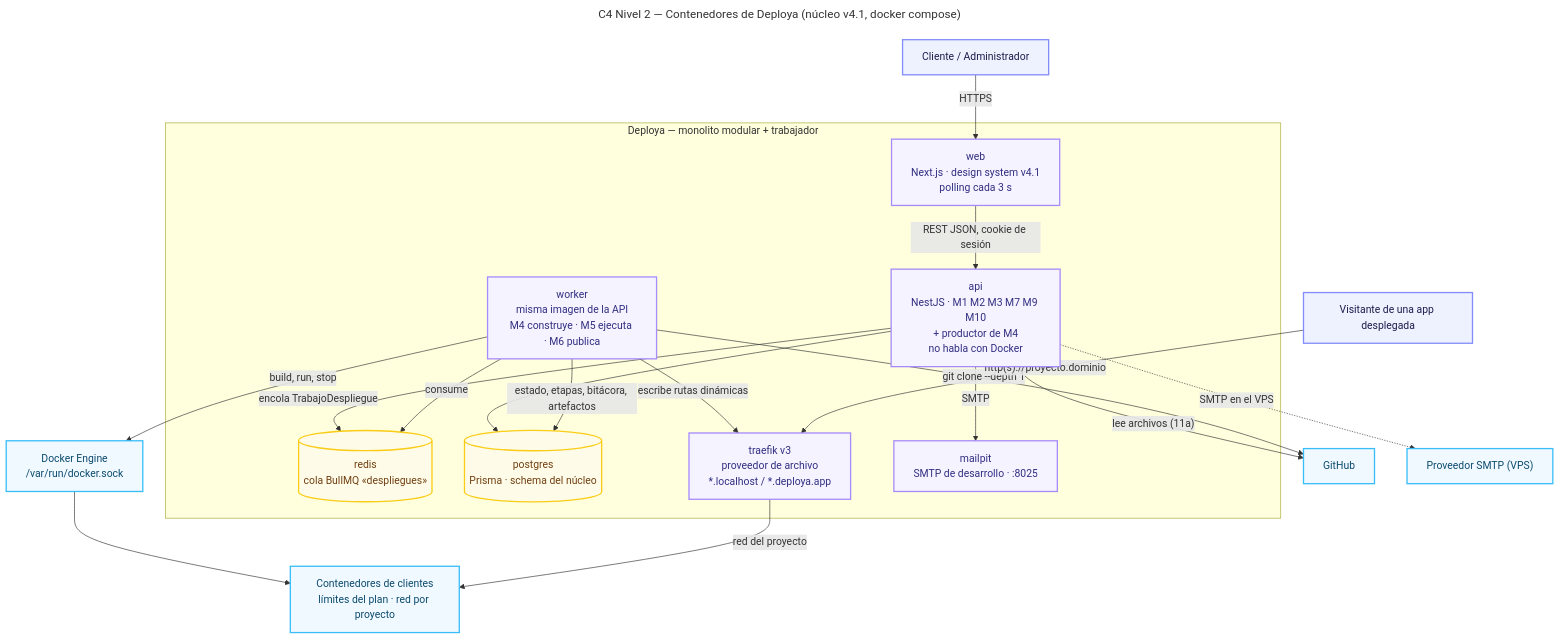
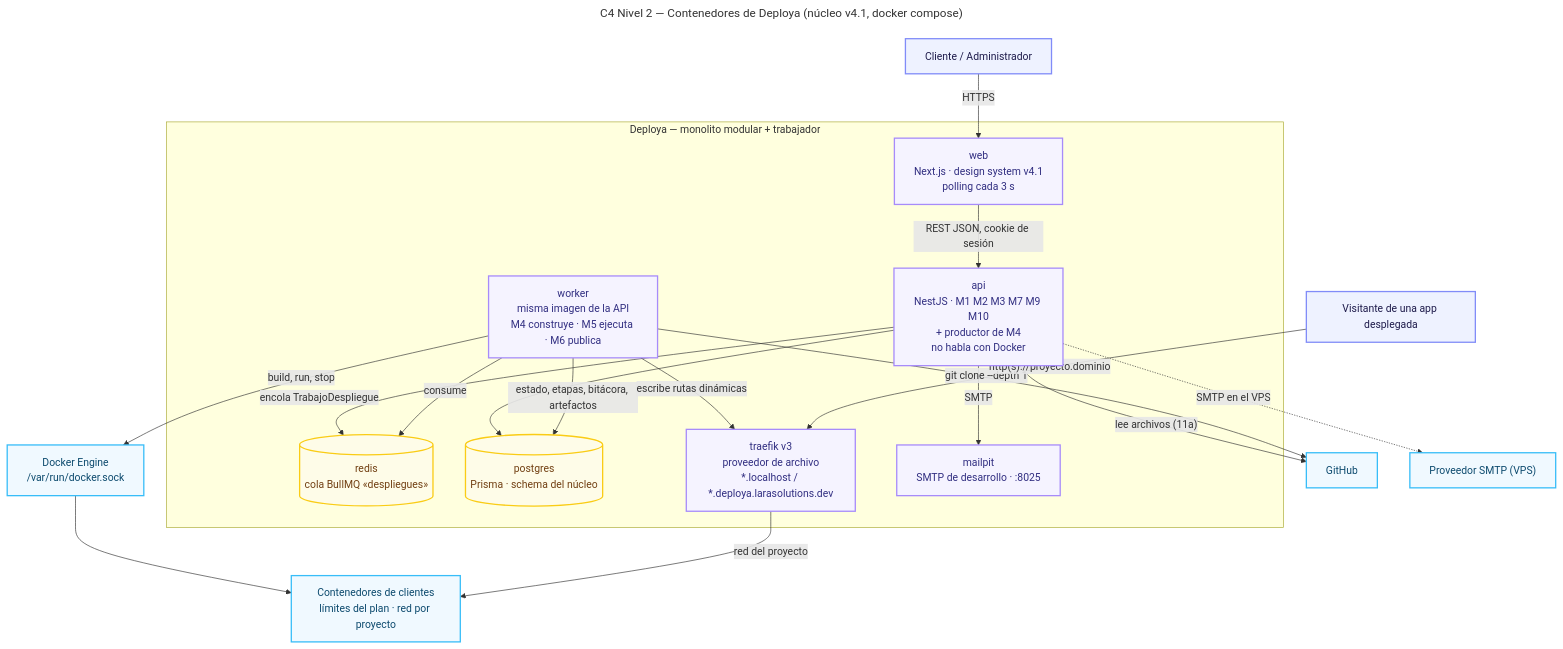
The second of 2 diagrams in docs/arquitectura.md (derekCmorales/deploya), drawn with Mermaid before and after one commit. The commit also changed other lines of this file and 22 other files, not shown here.

````diff
--- a/docs/arquitectura.md
+++ b/docs/arquitectura.md
@@ -81,48 +81,48 @@
 ```mermaid
 ---
 title: C4 Nivel 2 — Contenedores de Deploya (núcleo v4.1, docker compose)
 ---
 flowchart TB
     CLIENTE["Cliente / Administrador"]
     VISITANTE["Visitante de una app desplegada"]
 
     subgraph DEPLOYA["Deploya — monolito modular + trabajador"]
         WEB["web<br/>Next.js · design system v4.1<br/>polling cada 3 s"]
         API["api<br/>NestJS · M1 M2 M3 M7 M9 M10<br/>+ productor de M4<br/>no habla con Docker"]
         WORKER["worker<br/>misma imagen de la API<br/>M4 construye · M5 ejecuta · M6 publica"]
         REDIS[("redis<br/>cola BullMQ «despliegues»")]
         BD[("postgres<br/>Prisma · schema del núcleo")]
-        EDGE["traefik v3<br/>proveedor de archivo<br/>*.localhost / *.deploya.app"]
+        EDGE["traefik v3<br/>proveedor de archivo<br/>*.localhost / *.deploya.larasolutions.dev"]
         MAILPIT["mailpit<br/>SMTP de desarrollo · :8025"]
     end
 
     DOCKER["Docker Engine<br/>/var/run/docker.sock"]
     APPS["Contenedores de clientes<br/>límites del plan · red por proyecto"]
     GIT["GitHub"]
     SMTP["Proveedor SMTP (VPS)"]
 
     CLIENTE -->|HTTPS| WEB
     WEB -->|"REST JSON, cookie de sesión"| API
     API --> BD
     API -->|"encola TrabajoDespliegue"| REDIS
     API -->|"lee archivos (11a)"| GIT
     API -->|"SMTP"| MAILPIT
     API -.->|"SMTP en el VPS"| SMTP
     WORKER -->|"consume"| REDIS
     WORKER -->|"estado, etapas, bitácora, artefactos"| BD
     WORKER -->|"git clone --depth 1"| GIT
     WORKER -->|"build, run, stop"| DOCKER
     WORKER -->|"escribe rutas dinámicas"| EDGE
     DOCKER --> APPS
     VISITANTE -->|"http(s)://proyecto.dominio"| EDGE
     EDGE -->|"red del proyecto"| APPS
 
     classDef persona fill:#eef2ff,stroke:#818cf8,stroke-width:2px,color:#1e1b4b
     classDef app fill:#f5f3ff,stroke:#a78bfa,stroke-width:2px,color:#312e81
     classDef data fill:#fefce8,stroke:#facc15,stroke-width:2px,color:#713f12
     classDef ext fill:#f0f9ff,stroke:#38bdf8,stroke-width:2px,color:#0c4a6e
     class CLIENTE,VISITANTE persona
     class WEB,API,WORKER,EDGE,MAILPIT app
     class REDIS,BD data
     class DOCKER,APPS,GIT,SMTP ext
 ```
````
